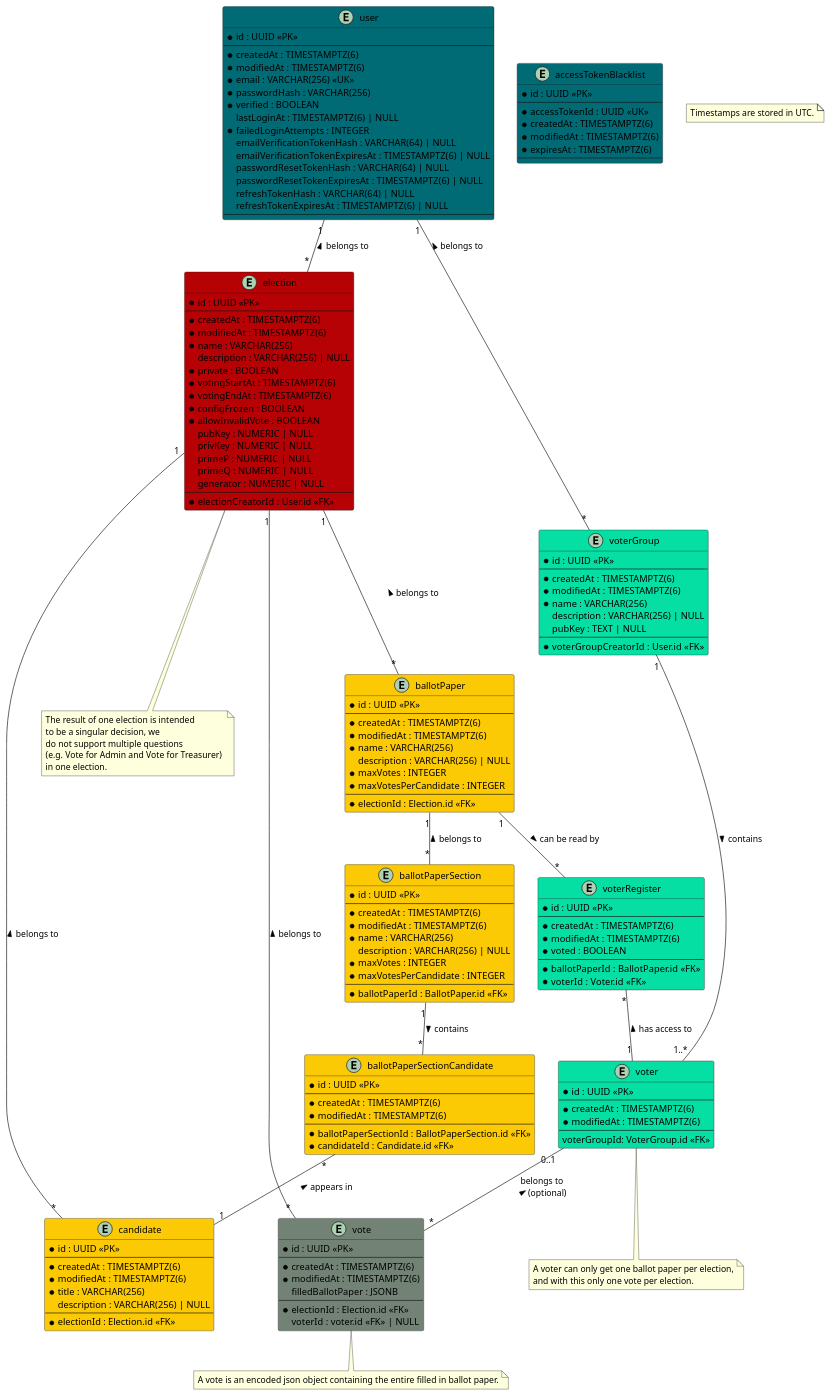
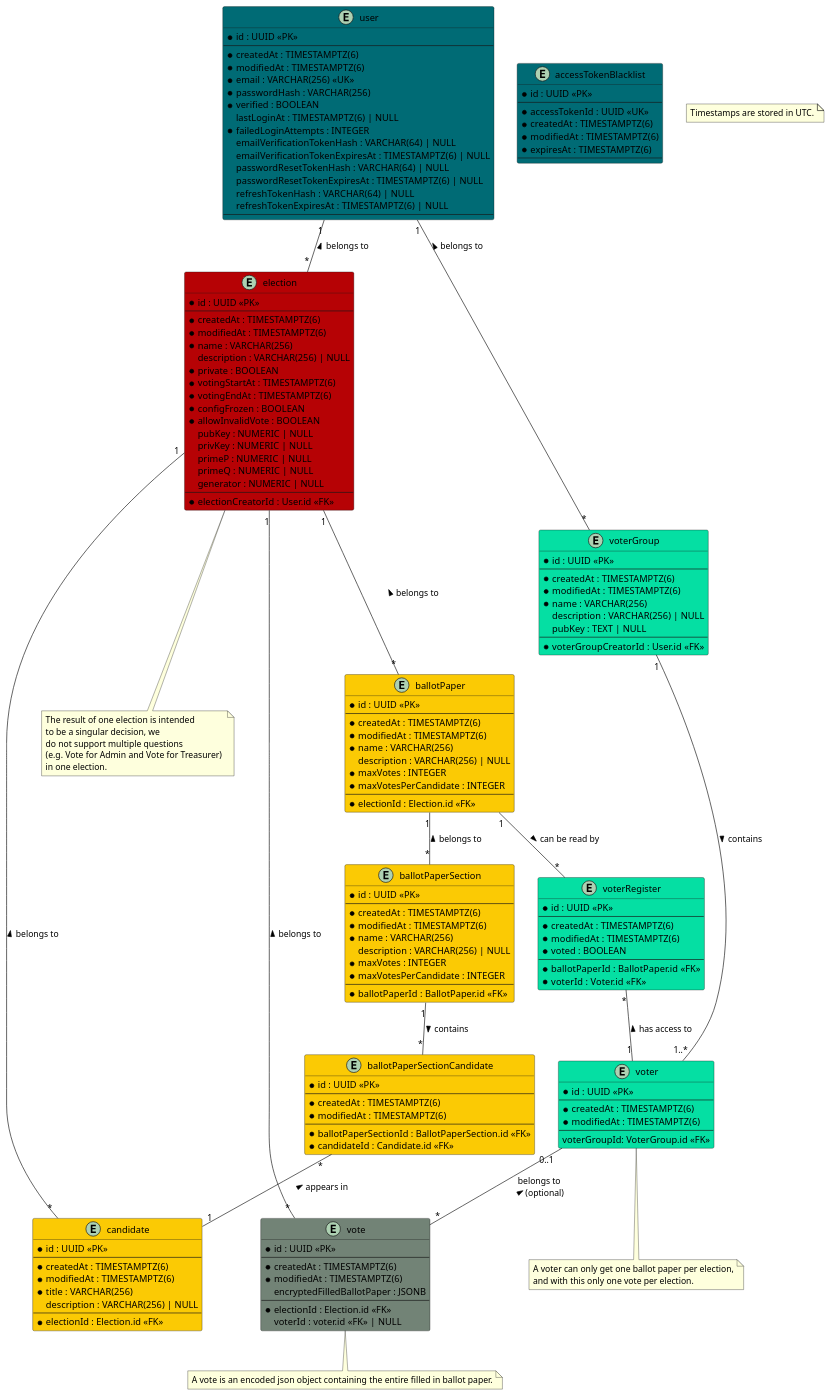
The diagram in apps/docs/static/uml/dataModel.puml (SE-UUlm/votura), drawn with PlantUML before and after one commit. The commit also changed 6 other files, not shown here.

Commit message:
#271: Update naming of filledBallotPaper to encryptedFilledBallotPaper

```diff
--- a/apps/docs/static/uml/dataModel.puml
+++ b/apps/docs/static/uml/dataModel.puml
@@ -1,188 +1,188 @@
 @startuml dataModel
 
 entity "user" as user #006b75 {
     * id : UUID <<PK>>
     --
     * createdAt : TIMESTAMPTZ(6)
     * modifiedAt : TIMESTAMPTZ(6)
     * email : VARCHAR(256) <<UK>>
     * passwordHash : VARCHAR(256)
     * verified : BOOLEAN
     lastLoginAt : TIMESTAMPTZ(6) | NULL
     ' failed login attempts get reset on successful login
     * failedLoginAttempts : INTEGER
     emailVerificationTokenHash : VARCHAR(64) | NULL
     emailVerificationTokenExpiresAt : TIMESTAMPTZ(6) | NULL
     passwordResetTokenHash : VARCHAR(64) | NULL
     passwordResetTokenExpiresAt : TIMESTAMPTZ(6) | NULL
     refreshTokenHash : VARCHAR(64) | NULL
     refreshTokenExpiresAt : TIMESTAMPTZ(6) | NULL
     --
 }
 
 entity "accessTokenBlacklist" as jwtBlacklist #006b75 {
     ' this table is used to store blacklisted access tokens
     ' The jti is 36 characters long if we use UUIDv4
     * id : UUID <<PK>>
     --
     * accessTokenId : UUID <<UK>>
     * createdAt : TIMESTAMPTZ(6)
     * modifiedAt : TIMESTAMPTZ(6)
     * expiresAt : TIMESTAMPTZ(6)
     --
 }
 
 entity "election" as elections #b60205 {
     * id : UUID <<PK>>
     --
     * createdAt : TIMESTAMPTZ(6)
     * modifiedAt : TIMESTAMPTZ(6)
     * name : VARCHAR(256)
     description : VARCHAR(256) | NULL
     * private : BOOLEAN
     * votingStartAt : TIMESTAMPTZ(6)
     * votingEndAt : TIMESTAMPTZ(6)
     * configFrozen : BOOLEAN
     * allowInvalidVote : BOOLEAN
     ' Is there a use case for `votesCounted`?
     ' * votesCounted : BOOLEAN
     ' * votesCounted : BOOLEAN
     ' Computed values such as validVotes and invalidVotes are critical - do we really want to store them?
     ' validVotes : NUMERIC | NULL
     ' invalidVotes : NUMERIC | NULL
     pubKey : NUMERIC | NULL
     privKey : NUMERIC | NULL
     primeP : NUMERIC | NULL
     primeQ : NUMERIC | NULL
     generator : NUMERIC | NULL
     --
     * electionCreatorId : User.id <<FK>>
 }
 
 note as N2
 The result of one election is intended 
 to be a singular decision, we 
 do not support multiple questions 
 (e.g. Vote for Admin and Vote for Treasurer) 
 in one election.
 end note
 
 entity "ballotPaper" as ballotPapers #fbca04 {
     * id : UUID <<PK>>
     --
     * createdAt : TIMESTAMPTZ(6)
     * modifiedAt : TIMESTAMPTZ(6)
     * name : VARCHAR(256)
     description : VARCHAR(256) | NULL
     * maxVotes : INTEGER
     * maxVotesPerCandidate : INTEGER
     --
     * electionId : Election.id <<FK>>
 }
 
 entity "ballotPaperSection" as ballotPaperSections #fbca04 {
     * id : UUID <<PK>>
     --
     * createdAt : TIMESTAMPTZ(6)
     * modifiedAt : TIMESTAMPTZ(6)
     * name : VARCHAR(256)
     description : VARCHAR(256) | NULL
     * maxVotes : INTEGER
     * maxVotesPerCandidate : INTEGER
     --
     * ballotPaperId : BallotPaper.id <<FK>>
 }
 
 entity "ballotPaperSectionCandidate" as ballotPaperSectionCandidates #fbca04 {
     * id : UUID <<PK>>
     --
     * createdAt : TIMESTAMPTZ(6)
     * modifiedAt : TIMESTAMPTZ(6)
     --
     * ballotPaperSectionId : BallotPaperSection.id <<FK>>
     * candidateId : Candidate.id <<FK>>
 }
 
 entity "candidate" as candidates #fbca04 {
     * id : UUID <<PK>>
     --
     * createdAt : TIMESTAMPTZ(6)
     * modifiedAt : TIMESTAMPTZ(6)
     * title : VARCHAR(256)
     description : VARCHAR(256) | NULL
     --
     * electionId : Election.id <<FK>>
 }
 
 entity "vote" as votes #728376 {
     * id : UUID <<PK>>
     --
     * createdAt : TIMESTAMPTZ(6)
     * modifiedAt : TIMESTAMPTZ(6)
-    filledBallotPaper : JSONB
+    encryptedFilledBallotPaper : JSONB
     --
     * electionId : Election.id <<FK>>
     ' if the vote isn't secret, voter can be saved
     voterId : voter.id <<FK>> | NULL
 }
 note as N4
 A vote is an encoded json object containing the entire filled in ballot paper.
 end note
 
 entity "voterRegister" as voterRegisters #05DFA3 {
     * id : UUID <<PK>>
     --
     * createdAt : TIMESTAMPTZ(6)
     * modifiedAt : TIMESTAMPTZ(6)
     * voted : BOOLEAN
     --
     * ballotPaperId : BallotPaper.id <<FK>>
     * voterId : Voter.id <<FK>>
 }
 
 entity "voter" as voters #05DFA3 {
     * id : UUID <<PK>>
     --
     * createdAt : TIMESTAMPTZ(6)
     * modifiedAt : TIMESTAMPTZ(6)
     --
     voterGroupId: VoterGroup.id <<FK>>
 }
 note as N3
 A voter can only get one ballot paper per election,
 and with this only one vote per election.
 end note
 
 entity "voterGroup" as voterGroups #05DFA3 {
     * id : UUID <<PK>>
     --
     * createdAt : TIMESTAMPTZ(6)
     * modifiedAt : TIMESTAMPTZ(6)
     * name : VARCHAR(256)
     description : VARCHAR(256) | NULL
     pubKey : TEXT | NULL
     --
     * voterGroupCreatorId : User.id <<FK>>
 }
 
 note as N1
 Timestamps are stored in UTC.
 end note
 
 user "1"--"*" elections : belongs to <
 elections "1"--"*" ballotPapers : belongs to <
 elections -- N2
 elections "1"--"*" candidates : belongs to <
 ballotPapers "1"--"*" voterRegisters : can be read by >
 voterRegisters "*"--"1" voters : has access to <
 ballotPapers "1"--"*" ballotPaperSections : belongs to <
 ballotPaperSections "1"--"*" ballotPaperSectionCandidates : contains >
 ballotPaperSectionCandidates "*"--"1" candidates : appears in <
 votes "*"--"1" elections : belongs to >
 voters "0..1"--"*" votes : belongs to \n (optional) <
 user "1"--"*" voterGroups : belongs to <
 voterGroups "1"--"1..*" voters : contains >
 voters -- N3
 votes -- N4
 
 @enduml
```
